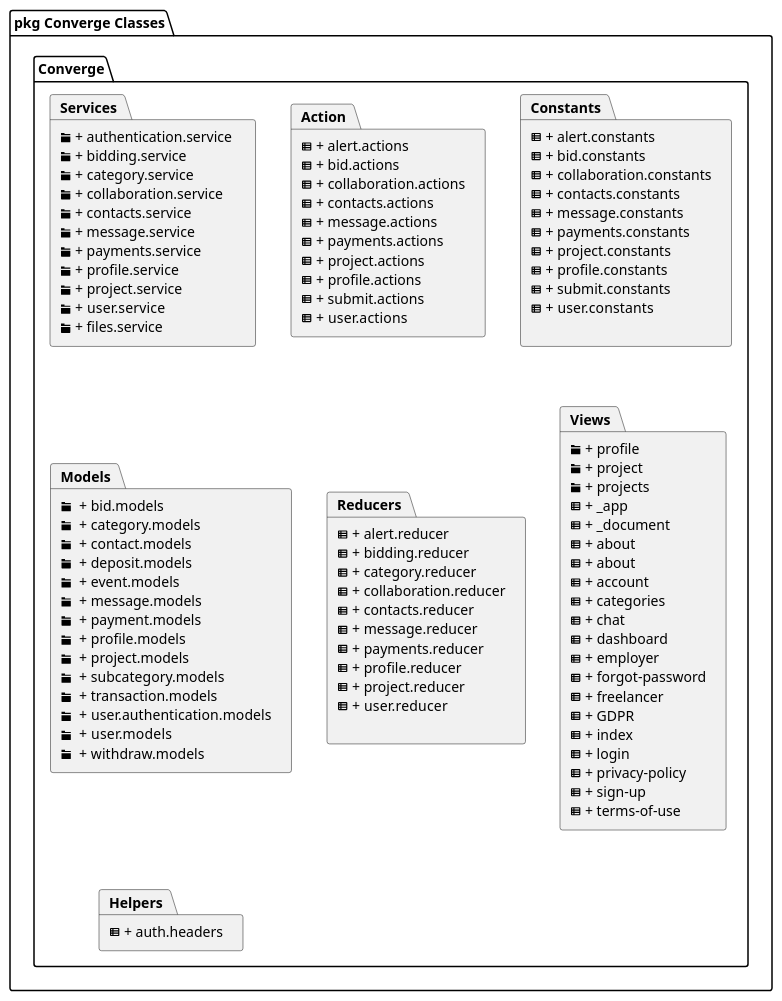
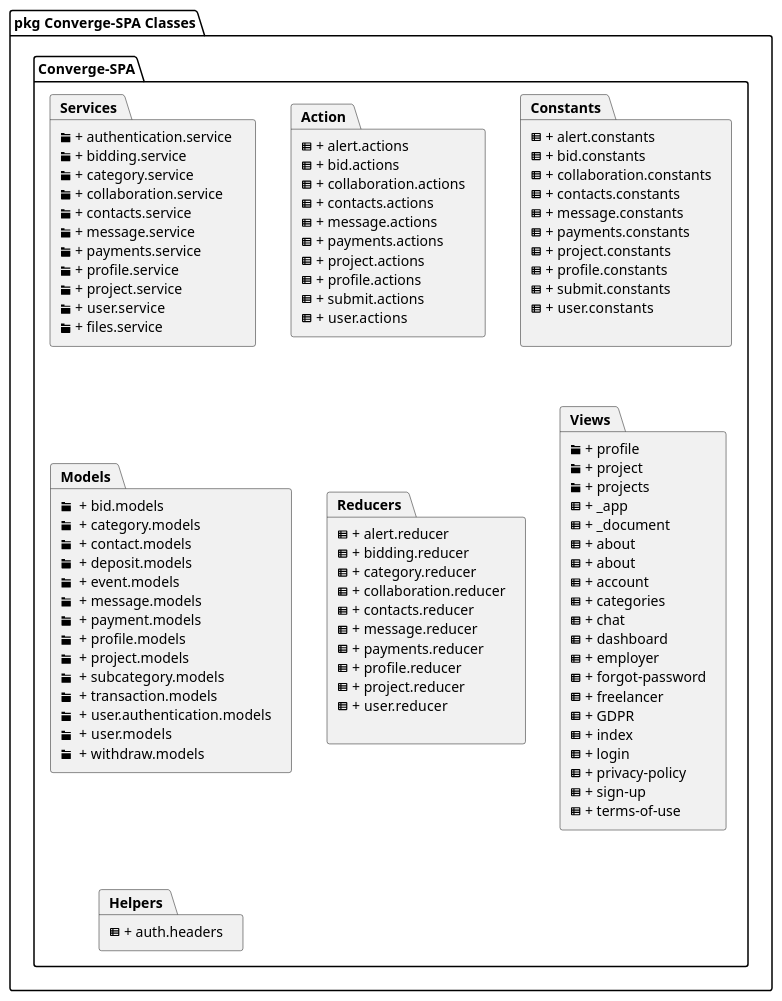
Before and after one commit to converge-app/diagrams: the diagram in src/software-design/package-diagram/pkg-converge-classes.pu, drawn with PlantUML. The commit also changed 84 other files, not shown here.

```diff
--- a/src/software-design/package-diagram/pkg-converge-classes.pu
+++ b/src/software-design/package-diagram/pkg-converge-classes.pu
@@ -3,110 +3,110 @@
 @startuml
 
  skinparam monochrome true
  top to bottom direction
 
-package "pkg Converge Classes"{
+package "pkg Converge-SPA Classes"{
   
-  package "Converge"{
+  package "Converge-SPA"{
    package Services[
      <&folder> + authentication.service 
      <&folder> + bidding.service 
      <&folder> + category.service
      <&folder> + collaboration.service
      <&folder> + contacts.service
      <&folder> + message.service 
      <&folder> + payments.service 
      <&folder> + profile.service 
      <&folder> + project.service 
      <&folder> + user.service 
      <&folder> + files.service 
   ]
   
    package Action[
     <&spreadsheet> + alert.actions
     <&spreadsheet> + bid.actions
     <&spreadsheet> + collaboration.actions
     <&spreadsheet> + contacts.actions
     <&spreadsheet> + message.actions
     <&spreadsheet> + payments.actions
     <&spreadsheet> + project.actions
     <&spreadsheet> + profile.actions
     <&spreadsheet> + submit.actions
     <&spreadsheet> + user.actions
   ]
 
  package Constants[
     <&spreadsheet> + alert.constants
     <&spreadsheet> + bid.constants
     <&spreadsheet> + collaboration.constants
     <&spreadsheet> + contacts.constants
     <&spreadsheet> + message.constants
     <&spreadsheet> + payments.constants
     <&spreadsheet> + project.constants
     <&spreadsheet> + profile.constants
     <&spreadsheet> + submit.constants
     <&spreadsheet> + user.constants
 
   ]
 
  package Models[
     <&folder>  + bid.models
     <&folder>  + category.models
     <&folder>  + contact.models
     <&folder>  + deposit.models
     <&folder>  + event.models
     <&folder>  + message.models
     <&folder>  + payment.models
     <&folder>  + profile.models
     <&folder>  + project.models
     <&folder>  + subcategory.models
     <&folder>  + transaction.models
     <&folder>  + user.authentication.models
     <&folder>  + user.models
     <&folder>  + withdraw.models
 ]
    package Reducers[
   <&spreadsheet> + alert.reducer
   <&spreadsheet> + bidding.reducer
   <&spreadsheet> + category.reducer
   <&spreadsheet> + collaboration.reducer
   <&spreadsheet> + contacts.reducer
   <&spreadsheet> + message.reducer
   <&spreadsheet> + payments.reducer
   <&spreadsheet> + profile.reducer
   <&spreadsheet> + project.reducer
   <&spreadsheet> + user.reducer
 
   ]
  
   package Views[
      <&folder> + profile
      <&folder> + project
      <&folder> + projects
      <&spreadsheet> + _app
      <&spreadsheet> + _document
      <&spreadsheet> + about
      <&spreadsheet> + about
      <&spreadsheet> + account
      <&spreadsheet> + categories
      <&spreadsheet> + chat
      <&spreadsheet> + dashboard
      <&spreadsheet> + employer
      <&spreadsheet> + forgot-password
      <&spreadsheet> + freelancer
      <&spreadsheet> + GDPR
      <&spreadsheet> + index
      <&spreadsheet> + login
      <&spreadsheet> + privacy-policy
      <&spreadsheet> + sign-up
      <&spreadsheet> + terms-of-use
   ]
   
      package Helpers[
    <&spreadsheet> + auth.headers
 ]
     }
   }
 
 
 @enduml
```
